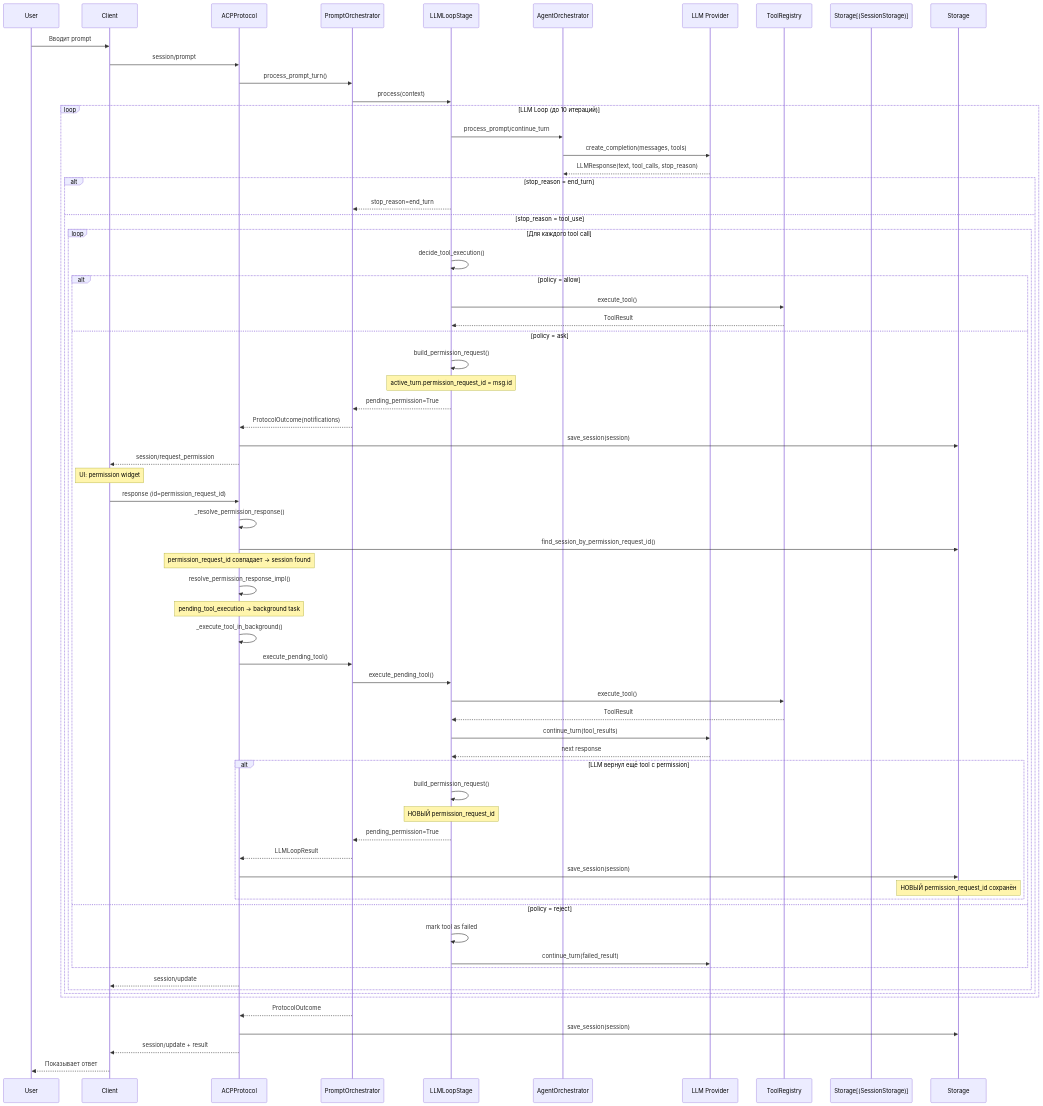
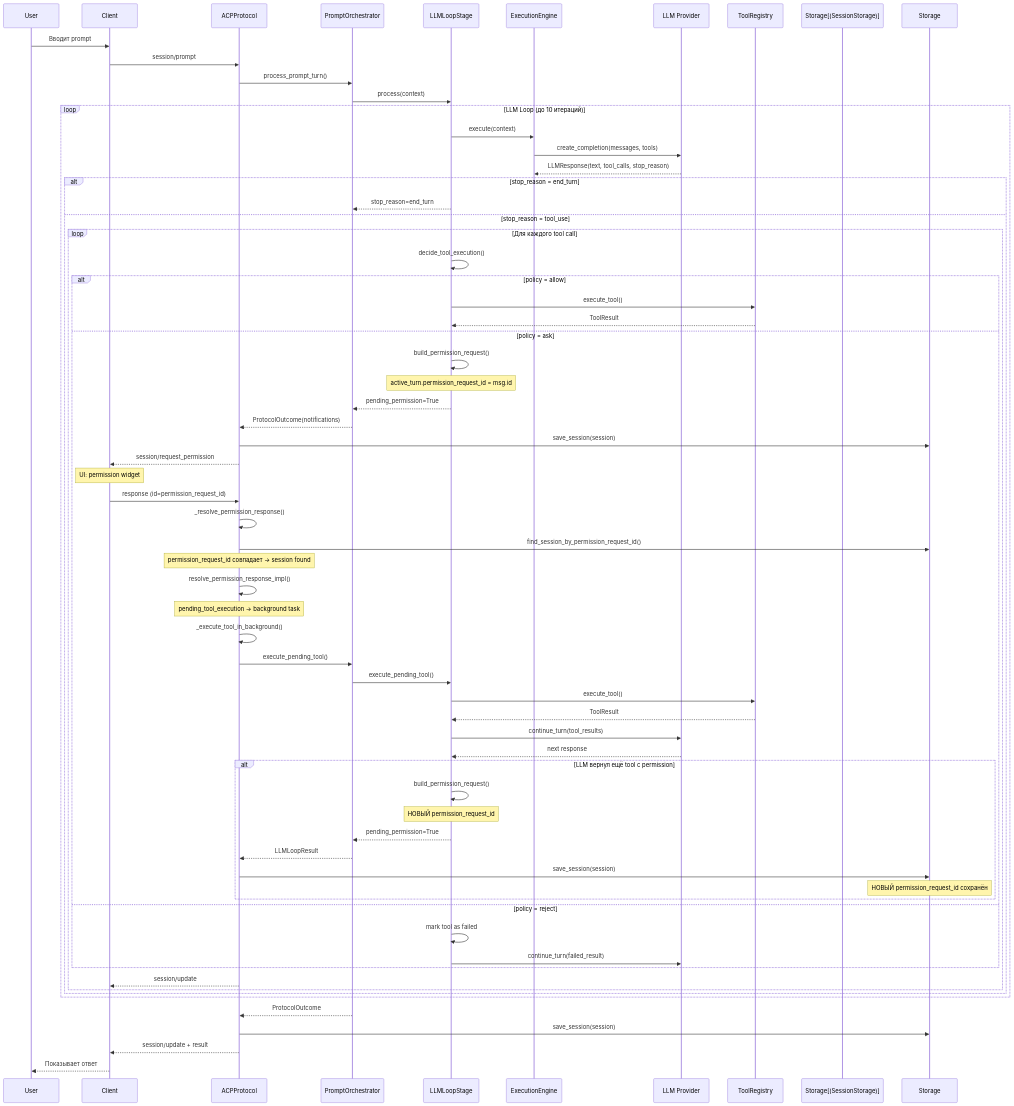
Before and after one commit to pese-git/codelab-agent: the fifth of 5 diagrams in doc/product/developer-guide/01-architecture.md, drawn with Mermaid. The commit also changed other lines of this file and 5 other files, not shown here.

First line of the commit message:
docs: заменить AgentOrchestrator на ExecutionEngine, обновить описания

````diff
--- a/doc/product/developer-guide/01-architecture.md
+++ b/doc/product/developer-guide/01-architecture.md
@@ -698,76 +705,76 @@
 ```mermaid
 sequenceDiagram
     participant U as User
     participant C as Client
     participant S as ACPProtocol
     participant PO as PromptOrchestrator
     participant LL as LLMLoopStage
-    participant AO as AgentOrchestrator
+    participant EE as ExecutionEngine
     participant LLM as LLM Provider
     participant TR as ToolRegistry
     participant Storage[(SessionStorage)]
 
     U->>C: Вводит prompt
     C->>S: session/prompt
     S->>PO: process_prompt_turn()
     PO->>LL: process(context)
     
     loop LLM Loop (до 10 итераций)
-        LL->>AO: process_prompt/continue_turn
-        AO->>LLM: create_completion(messages, tools)
-        LLM-->>AO: LLMResponse(text, tool_calls, stop_reason)
+        LL->>EE: execute(context)
+        EE->>LLM: create_completion(messages, tools)
+        LLM-->>EE: LLMResponse(text, tool_calls, stop_reason)
         
         alt stop_reason = end_turn
             LL-->>PO: stop_reason=end_turn
         else stop_reason = tool_use
             loop Для каждого tool call
                 LL->>LL: decide_tool_execution()
                 
                 alt policy = allow
                     LL->>TR: execute_tool()
                     TR-->>LL: ToolResult
                 else policy = ask
                     LL->>LL: build_permission_request()
                     Note over LL: active_turn.permission_request_id = msg.id
                     LL-->>PO: pending_permission=True
                     PO-->>S: ProtocolOutcome(notifications)
                     S->>Storage: save_session(session)
                     S-->>C: session/request_permission
                     Note over C: UI: permission widget
                     C->>S: response (id=permission_request_id)
                     S->>S: _resolve_permission_response()
                     S->>Storage: find_session_by_permission_request_id()
                     Note over S: permission_request_id совпадает → session found
                     S->>S: resolve_permission_response_impl()
                     Note over S: pending_tool_execution → background task
                     S->>S: _execute_tool_in_background()
                     S->>PO: execute_pending_tool()
                     PO->>LL: execute_pending_tool()
                     LL->>TR: execute_tool()
                     TR-->>LL: ToolResult
                     LL->>LLM: continue_turn(tool_results)
                     LLM-->>LL: next response
                     
                     alt LLM вернул ещё tool с permission
                         LL->>LL: build_permission_request()
                         Note over LL: НОВЫЙ permission_request_id
                         LL-->>PO: pending_permission=True
                         PO-->>S: LLMLoopResult
                         S->>Storage: save_session(session)
                         Note over Storage: НОВЫЙ permission_request_id сохранён
                     end
                 else policy = reject
                     LL->>LL: mark tool as failed
                     LL->>LLM: continue_turn(failed_result)
                 end
                 
                 S-->>C: session/update
             end
         end
     end
     
     PO-->>S: ProtocolOutcome
     S->>Storage: save_session(session)
     S-->>C: session/update + result
     C-->>U: Показывает ответ
 ```
````
